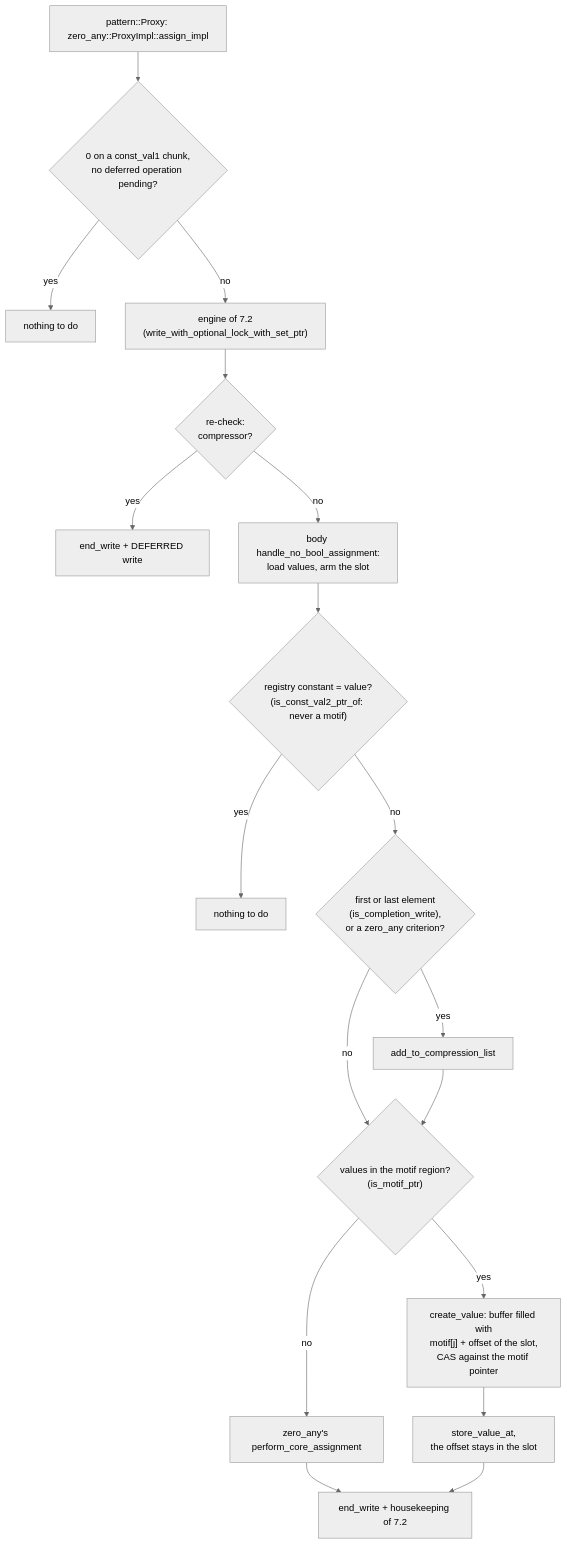
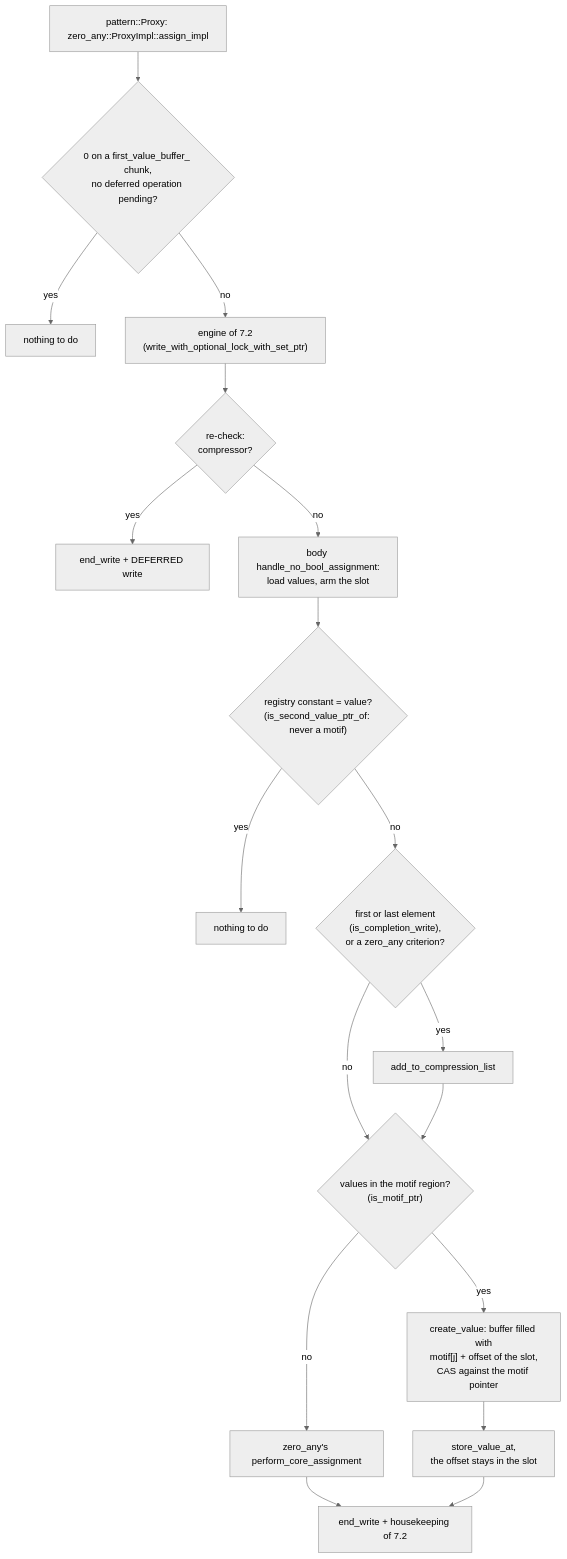
Before and after one commit to cea-hpc/shrink-array: the second of 2 diagrams in docs/algo_pattern.md, drawn with Mermaid (neutral theme). The commit also changed other lines of this file and 79 other files, not shown here.

````diff
--- a/docs/algo_pattern.md
+++ b/docs/algo_pattern.md
@@ -185,20 +185,20 @@
 ```mermaid
 flowchart TD
-    A["pattern::Proxy: zero_any::ProxyImpl::assign_impl"] --> B{"0 on a const_val1 chunk,<br/>no deferred operation pending?"}
+    A["pattern::Proxy: zero_any::ProxyImpl::assign_impl"] --> B{"0 on a first_value_buffer_ chunk,<br/>no deferred operation pending?"}
     B -->|yes| B1["nothing to do"]
     B -->|no| C["engine of 7.2<br/>(write_with_optional_lock_with_set_ptr)"]
     C --> D{"re-check:<br/>compressor?"}
     D -->|yes| D1["end_write + DEFERRED write"]
     D -->|no| E["body handle_no_bool_assignment:<br/>load values, arm the slot"]
-    E --> F{"registry constant = value?<br/>(is_const_val2_ptr_of: never a motif)"}
+    E --> F{"registry constant = value?<br/>(is_second_value_ptr_of: never a motif)"}
     F -->|yes| F1["nothing to do"]
     F -->|no| G{"first or last element<br/>(is_completion_write),<br/>or a zero_any criterion?"}
     G -->|yes| G1["add_to_compression_list"]
     G -->|no| H
     G1 --> H{"values in the motif region?<br/>(is_motif_ptr)"}
     H -->|yes| I["create_value: buffer filled with<br/>motif[j] + offset of the slot,<br/>CAS against the motif pointer"]
     H -->|no| J["zero_any's perform_core_assignment"]
     I --> K["store_value_at,<br/>the offset stays in the slot"]
     J --> L["end_write + housekeeping of 7.2"]
     K --> L
 ```
````
